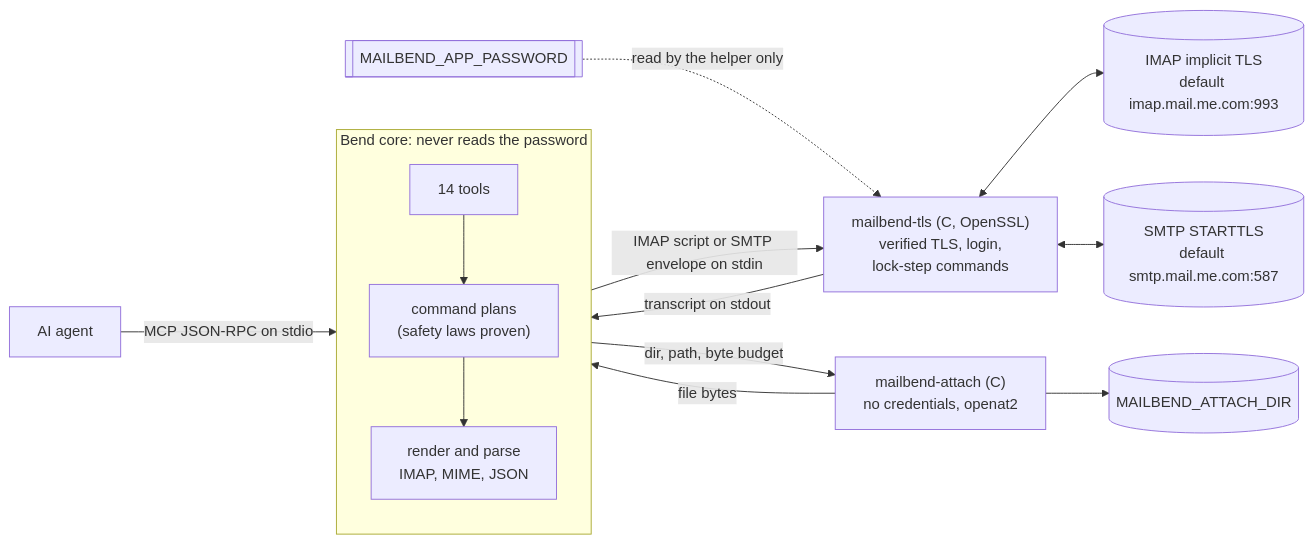
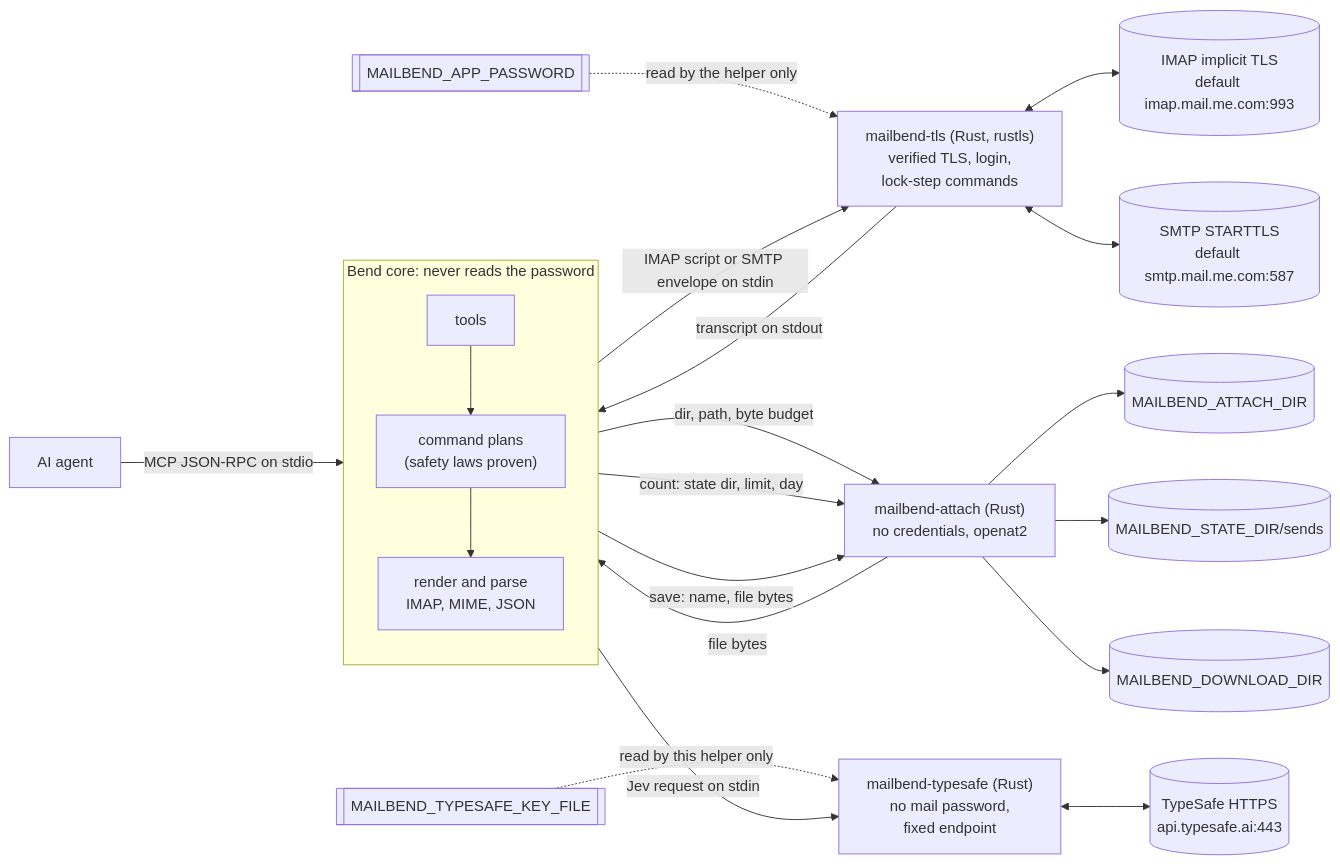
One commit to albertc71/MailBend changed the diagram in README.md. Above: the diagram before and after it, drawn with Mermaid. The commit also changed other lines of this file and 121 other files, not shown here.

First line of the commit message:
feat: folders, labels, flags, send safety, Jev support and Rust helpers (#17)

````diff
--- a/README.md
+++ b/README.md
@@ -223,17 +383,24 @@
 ```mermaid
 flowchart LR
   agent["AI agent"] -- "MCP JSON-RPC on stdio" --> core
   subgraph core["Bend core: never reads the password"]
     direction TB
-    tools["14 tools"] --> plans["command plans<br/>(safety laws proven)"]
+    tools["tools"] --> plans["command plans<br/>(safety laws proven)"]
     plans --> parse["render and parse<br/>IMAP, MIME, JSON"]
   end
-  core -- "IMAP script or SMTP envelope on stdin" --> helper["mailbend-tls (C, OpenSSL)<br/>verified TLS, login,<br/>lock-step commands"]
+  core -- "IMAP script or SMTP envelope on stdin" --> helper["mailbend-tls (Rust, rustls)<br/>verified TLS, login,<br/>lock-step commands"]
   helper -- "transcript on stdout" --> core
   helper <--> imap[("IMAP implicit TLS<br/>default imap.mail.me.com:993")]
   helper <--> smtp[("SMTP STARTTLS<br/>default smtp.mail.me.com:587")]
   secrets[["MAILBEND_APP_PASSWORD"]] -. "read by the helper only" .-> helper
-  core -- "dir, path, byte budget" --> reader["mailbend-attach (C)<br/>no credentials, openat2"]
+  core -- "dir, path, byte budget" --> reader["mailbend-attach (Rust)<br/>no credentials, openat2"]
   reader -- "file bytes" --> core
   reader --> files[("MAILBEND_ATTACH_DIR")]
+  core -- "count: state dir, limit, day" --> reader
+  reader --> sends[("MAILBEND_STATE_DIR/sends")]
+  core -- "save: name, file bytes" --> reader
+  reader --> downloads[("MAILBEND_DOWNLOAD_DIR")]
+  core -- "Jev request on stdin" --> jev["mailbend-typesafe (Rust)<br/>no mail password,<br/>fixed endpoint"]
+  jev <--> typesafe[("TypeSafe HTTPS<br/>api.typesafe.ai:443")]
+  key[["MAILBEND_TYPESAFE_KEY_FILE"]] -. "read by this helper only" .-> jev
 ```
````
